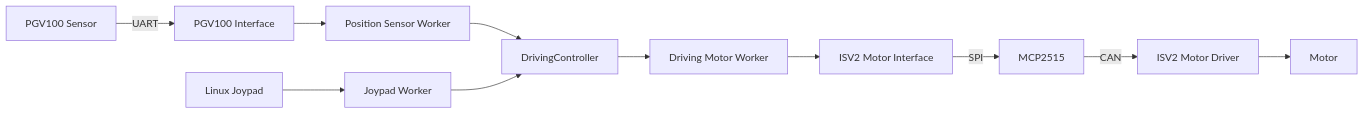
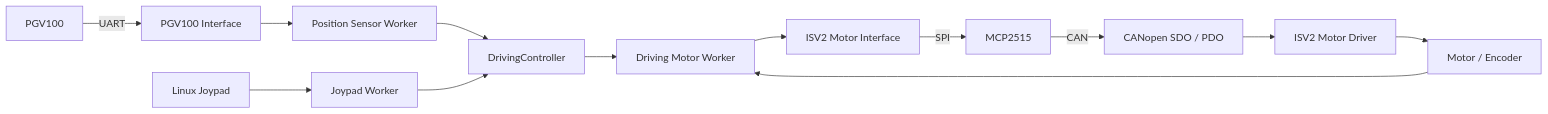
The diagram in readme.md (Nyamkani/QRAGV), drawn with Mermaid before and after one commit. The commit also changed other lines of this file, not shown here.

````diff
--- a/readme.md
+++ b/readme.md
@@ -46,13 +26,19 @@
 ```mermaid
 flowchart LR
-    SENSOR["PGV100 Sensor"] -->|UART| PGV["PGV100 Interface"]
-    PGV --> SENSORWORKER["Position Sensor Worker"]
-    JOYPAD["Linux Joypad"] --> JOYWORKER["Joypad Worker"]
-    SENSORWORKER --> DRIVE["DrivingController"]
-    JOYWORKER --> DRIVE
-    DRIVE --> MOTORWORKER["Driving Motor Worker"]
-    MOTORWORKER --> MOTORIF["ISV2 Motor Interface"]
-    MOTORIF -->|SPI| MCP["MCP2515"]
-    MCP -->|CAN| DRIVER["ISV2 Motor Driver"]
-    DRIVER --> MOTOR["Motor"]
+    PGVSENSOR["PGV100"] -->|"UART"| PGV["PGV100 Interface"]
+    PGV --> PW["Position Sensor Worker"]
+
+    JOYPAD["Linux Joypad"] --> JW["Joypad Worker"]
+
+    PW --> DC["DrivingController"]
+    JW --> DC
+
+    DC --> MW["Driving Motor Worker"]
+    MW --> ISV2["ISV2 Motor Interface"]
+    ISV2 -->|"SPI"| MCP["MCP2515"]
+    MCP -->|"CAN"| CANOPEN["CANopen SDO / PDO"]
+    CANOPEN --> DRIVER["ISV2 Motor Driver"]
+    DRIVER --> MOTOR["Motor / Encoder"]
+
+    MOTOR --> MW
 ```
````
